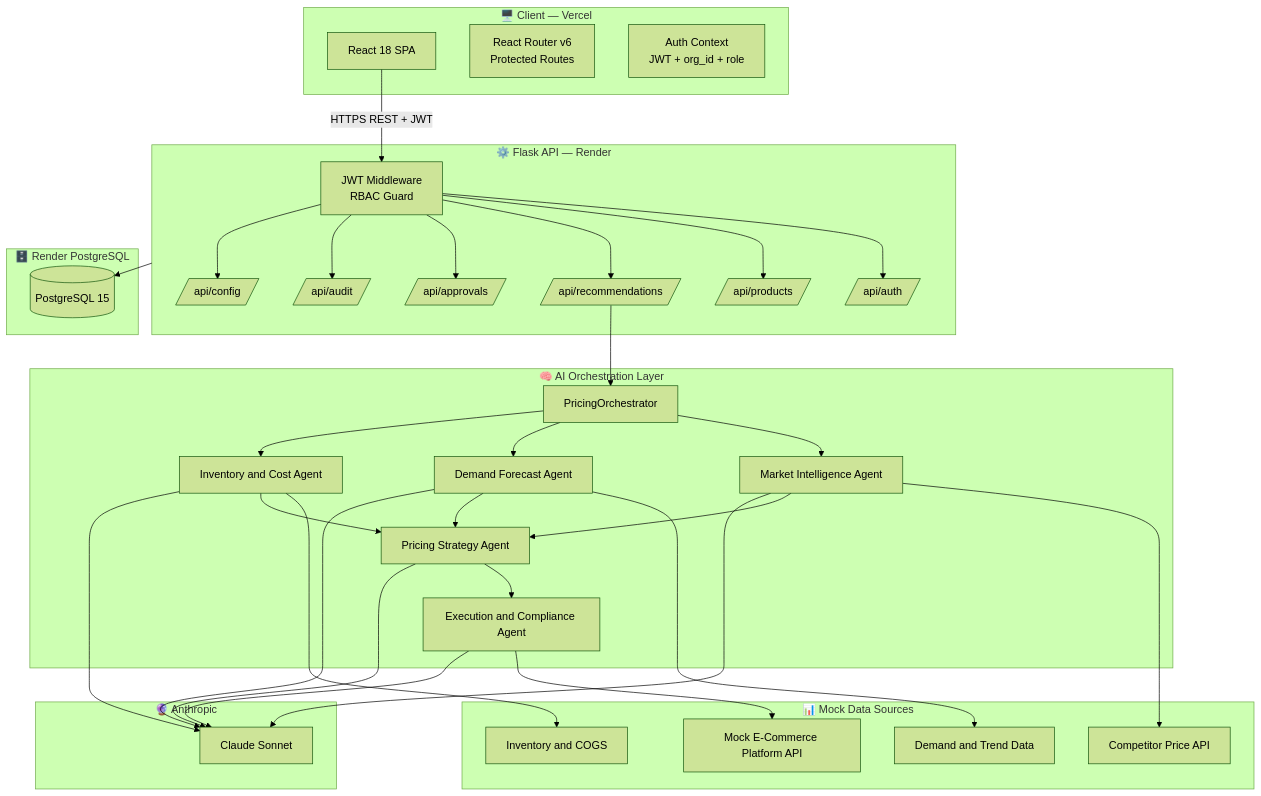
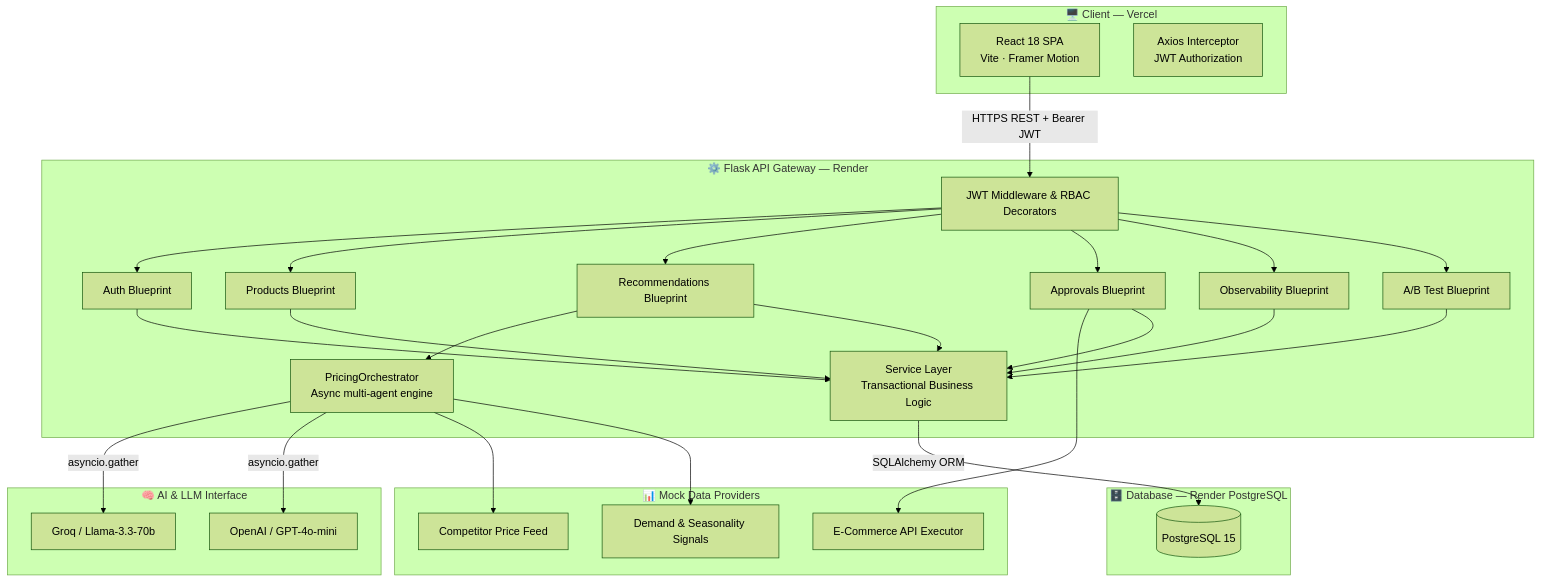
Before and after one commit to parthTyagi-tech/dynamic-pricing-intelligence-platform: the first of 5 diagrams in README.md, drawn with Mermaid (forest theme). The commit also changed other lines of this file, not shown here.

````diff
--- a/README.md
+++ b/README.md
@@ -331,54 +81,44 @@
 ```mermaid
 graph TB
     subgraph Client["🖥️ Client — Vercel"]
-        UI[React 18 SPA]
-        Router[React Router v6\nProtected Routes]
-        Ctx[Auth Context\nJWT + org_id + role]
+        UI[React 18 SPA<br/>Vite · Framer Motion]
+        Axios[Axios Interceptor<br/>JWT Authorization]
     end
 
-    subgraph API["⚙️ Flask API — Render"]
-        MW[JWT Middleware\nRBAC Guard]
-        Auth[/api/auth/]
-        Products[/api/products/]
-        Recs[/api/recommendations/]
-        Approvals[/api/approvals/]
-        Audit[/api/audit/]
-        Config[/api/config/]
+    subgraph API["⚙️ Flask API Gateway — Render"]
+        MW[JWT Middleware & RBAC Decorators]
+        BP_AUTH[Auth Blueprint]
+        BP_PROD[Products Blueprint]
+        BP_REC[Recommendations Blueprint]
+        BP_APR[Approvals Blueprint]
+        BP_OBS[Observability Blueprint]
+        BP_AB[A/B Test Blueprint]
+        
+        SVC[Service Layer<br/>Transactional Business Logic]
+        ORCH[PricingOrchestrator<br/>Async multi-agent engine]
     end
 
-    subgraph AI["🧠 AI Orchestration Layer"]
-        Orch[PricingOrchestrator]
-        MA[Market Intelligence Agent]
-        DA[Demand Forecast Agent]
-        IA[Inventory and Cost Agent]
-        PA[Pricing Strategy Agent]
-        EA[Execution and Compliance Agent]
+    subgraph AI["🧠 AI & LLM Interface"]
+        Groq[Groq / Llama-3.3-70b]
+        OpenAI[OpenAI / GPT-4o-mini]
     end
 
-    subgraph Mock["📊 Mock Data Sources"]
-        COMP[Competitor Price API]
-        DEMAND[Demand and Trend Data]
-        INV[Inventory and COGS]
-        ECOM[Mock E-Commerce Platform API]
+    subgraph Mock["📊 Mock Data Providers"]
+        M_COMP[Competitor Price Feed]
+        M_DEM[Demand & Seasonality Signals]
+        M_ECOM[E-Commerce API Executor]
     end
 
-    subgraph Data["🗄️ Render PostgreSQL"]
+    subgraph DB["🗄️ Database — Render PostgreSQL"]
         PG[(PostgreSQL 15)]
     end
 
-    subgraph LLM["🔮 Anthropic"]
-        AN[Claude Sonnet]
-    end
-
-    UI -->|HTTPS REST + JWT| MW
-    MW --> Auth & Products & Recs & Approvals & Audit & Config
-    Recs --> Orch
-    Orch --> MA & DA & IA
-    MA --> COMP
-    DA --> DEMAND
-    IA --> INV
-    MA & DA & IA --> PA --> EA
-    EA --> ECOM
-    MA & DA & IA & PA & EA --> AN
-    API --> PG
+    UI -->|HTTPS REST + Bearer JWT| MW
+    MW --> BP_AUTH & BP_PROD & BP_REC & BP_APR & BP_OBS & BP_AB
+    BP_REC --> ORCH
+    ORCH -->|asyncio.gather| Groq & OpenAI
+    ORCH --> M_COMP & M_DEM
+    BP_APR --> M_ECOM
+    BP_AUTH & BP_PROD & BP_REC & BP_APR & BP_OBS & BP_AB --> SVC
+    SVC -->|SQLAlchemy ORM| PG
 ```
````
